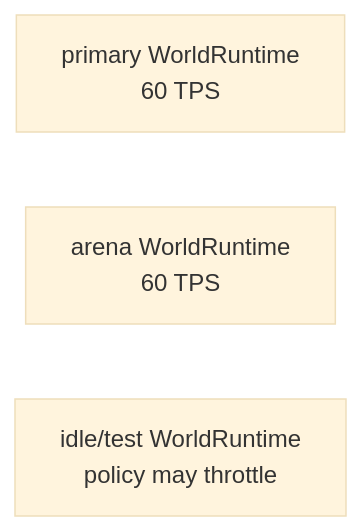
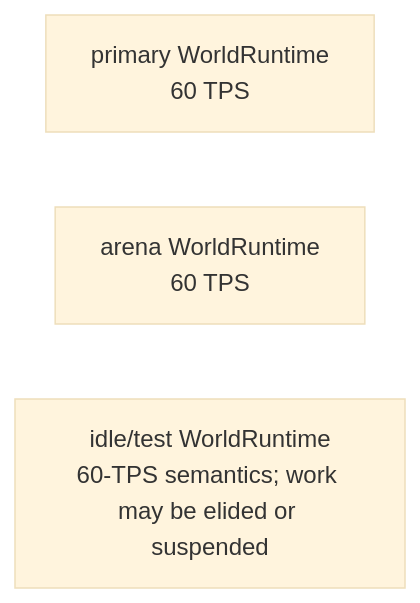
The fourth of 6 diagrams in docs/roadmap/sandbox/runtime-scheduling.md (VegaKernel/TerraRuntime), drawn with Mermaid (base theme) before and after one commit. The commit also changed other lines of this file, not shown here.

Commit message:
docs(sandbox): clarify idle runtime scheduling semantics

````diff
--- a/docs/roadmap/sandbox/runtime-scheduling.md
+++ b/docs/roadmap/sandbox/runtime-scheduling.md
@@ -86,6 +86,6 @@
 ```mermaid
 flowchart LR
     A["primary WorldRuntime\n60 TPS"]
     B["arena WorldRuntime\n60 TPS"]
-    C["idle/test WorldRuntime\npolicy may throttle"]
+    C["idle/test WorldRuntime\n60-TPS semantics; work may be elided or suspended"]
 ```
````
